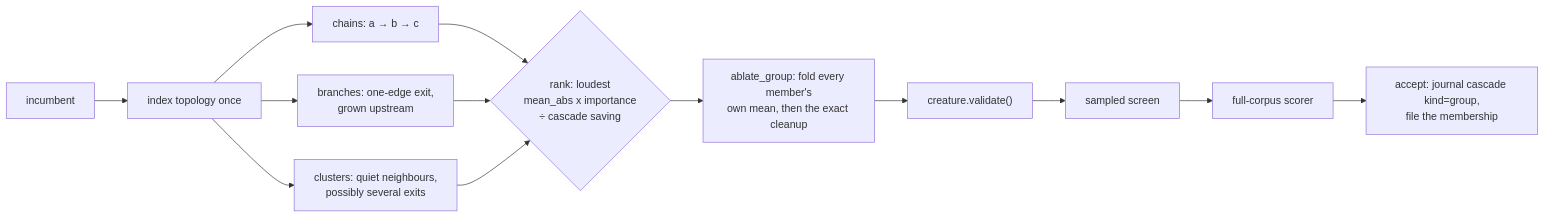
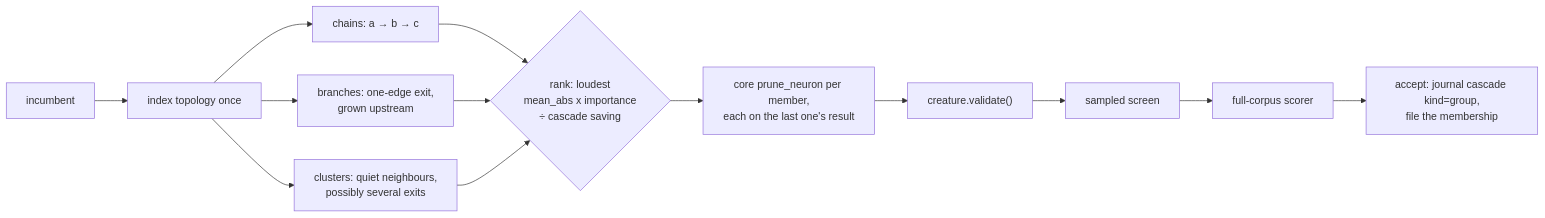
One commit to stSoftwareAU/NEAT-AI-Ockham changed diagram 23 of 23 in README.md. Above: the diagram before and after it, drawn with Mermaid. The commit also changed other lines of this file and 24 other files, not shown here.

````diff
--- a/README.md
+++ b/README.md
@@ -2292,15 +2293,15 @@
 ```mermaid
 flowchart LR
     C[incumbent] --> T[index topology once]
     T --> CH["chains: a → b → c"]
     T --> BR["branches: one-edge exit,<br/>grown upstream"]
     T --> CL["clusters: quiet neighbours,<br/>possibly several exits"]
     CH --> R{"rank: loudest<br/>mean_abs x importance<br/>÷ cascade saving"}
     BR --> R
     CL --> R
-    R --> G["ablate_group: fold every member's<br/>own mean, then the exact cleanup"]
+    R --> G["core prune_neuron per member,<br/>each on the last one's result"]
     G --> V["creature.validate()"]
     V --> S[sampled screen]
     S --> F[full-corpus scorer]
     F --> A["accept: journal cascade kind=group,<br/>file the membership"]
 ```
````
